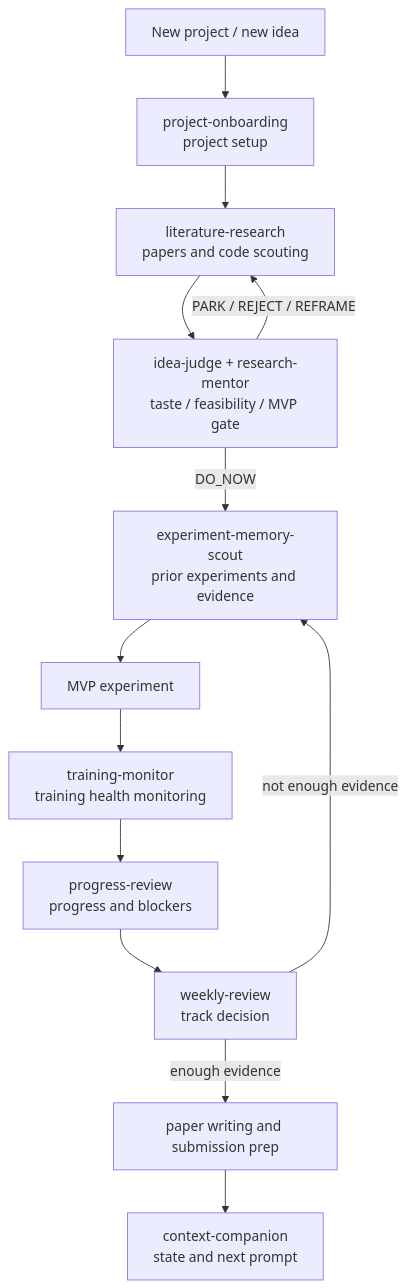
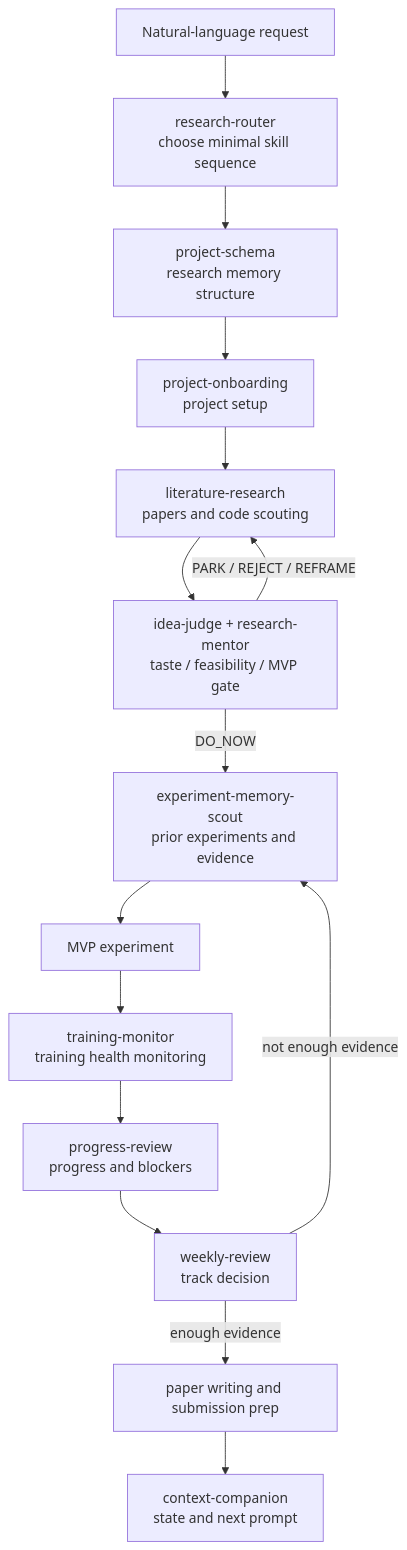
One commit to zengleilei123/ai-research-companion-codex-plugin changed the first of 2 diagrams in README.en.md. Above: the diagram before and after it, drawn with Mermaid. The commit also changed other lines of this file and 20 other files, not shown here.

Commit message:
feat: add schema router and monitoring automation

````diff
--- a/README.en.md
+++ b/README.en.md
@@ -28,15 +28,17 @@
 ```mermaid
 flowchart TD
-    A["New project / new idea"] --> B["project-onboarding<br/>project setup"]
+    A["Natural-language request"] --> R["research-router<br/>choose minimal skill sequence"]
+    R --> S["project-schema<br/>research memory structure"]
+    S --> B["project-onboarding<br/>project setup"]
     B --> C["literature-research<br/>papers and code scouting"]
     C --> D["idea-judge + research-mentor<br/>taste / feasibility / MVP gate"]
     D -->|"DO_NOW"| E["experiment-memory-scout<br/>prior experiments and evidence"]
     D -->|"PARK / REJECT / REFRAME"| C
     E --> F["MVP experiment"]
     F --> G["training-monitor<br/>training health monitoring"]
     G --> H["progress-review<br/>progress and blockers"]
     H --> I["weekly-review<br/>track decision"]
     I -->|"enough evidence"| J["paper writing and submission prep"]
     I -->|"not enough evidence"| E
     J --> K["context-companion<br/>state and next prompt"]
 ```
````
